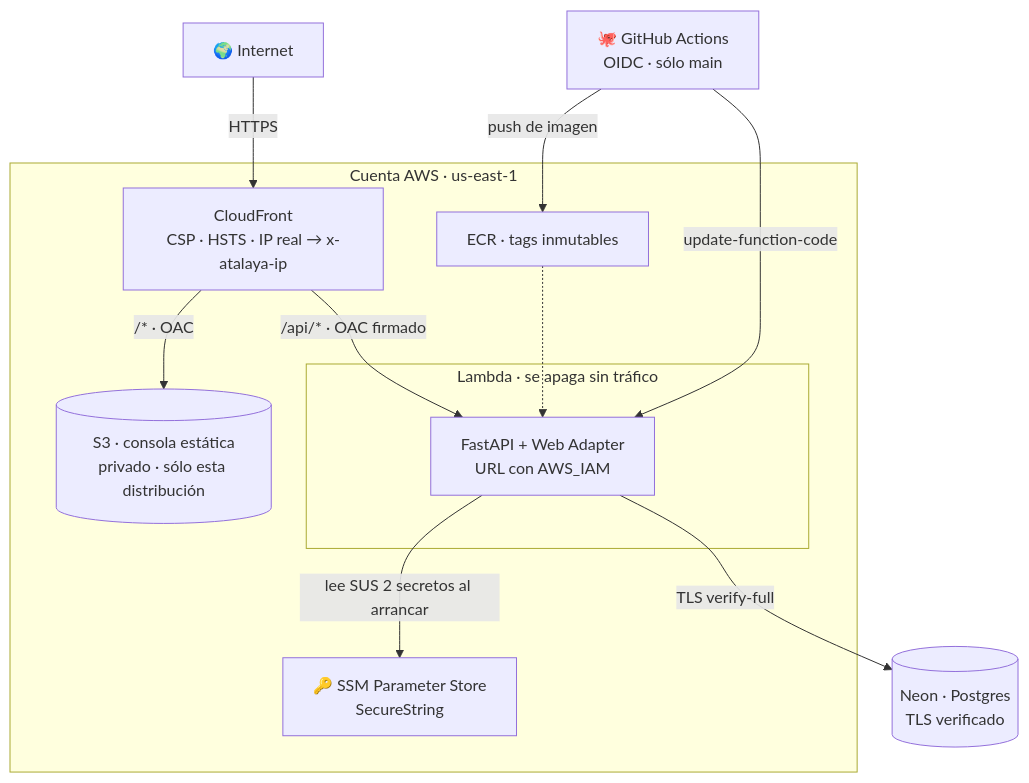
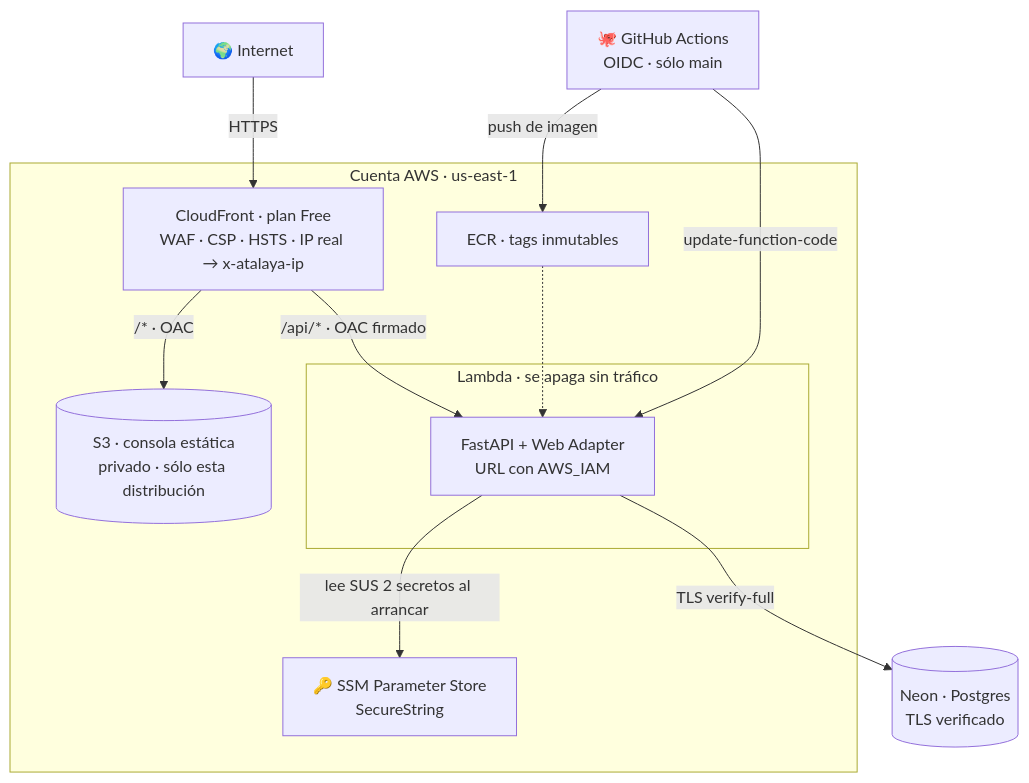
Before and after one commit to gonzalodiascenzi/atalaya: the fourth of 4 diagrams in docs/ARQUITECTURA.md, drawn with Mermaid. The commit also changed other lines of this file and 7 other files, not shown here.

Commit message:
waf + plan free

````diff
--- a/docs/ARQUITECTURA.md
+++ b/docs/ARQUITECTURA.md
@@ -150,26 +150,26 @@
 ```mermaid
 flowchart TB
     NET["🌍 Internet"]
     GH["🐙 GitHub Actions<br/>OIDC · sólo main"]
 
     subgraph AWS["Cuenta AWS · us-east-1"]
-        CF["CloudFront<br/>CSP · HSTS · IP real → x-atalaya-ip"]
+        CF["CloudFront · plan Free<br/>WAF · CSP · HSTS · IP real → x-atalaya-ip"]
         S3[("S3 · consola estática<br/>privado · sólo esta distribución")]
         subgraph LAMBDA["Lambda · se apaga sin tráfico"]
             API["FastAPI + Web Adapter<br/>URL con AWS_IAM"]
         end
         SSM["🔑 SSM Parameter Store<br/>SecureString"]
         ECR["ECR · tags inmutables"]
     end
 
     NEON[("Neon · Postgres<br/>TLS verificado")]
 
     NET -->|"HTTPS"| CF
     CF -->|"/* · OAC"| S3
     CF -->|"/api/* · OAC firmado"| API
     API -->|"lee SUS 2 secretos al arrancar"| SSM
     API -->|"TLS verify-full"| NEON
     GH -->|"push de imagen"| ECR
     GH -->|"update-function-code"| API
     ECR -.-> API
 ```
````
